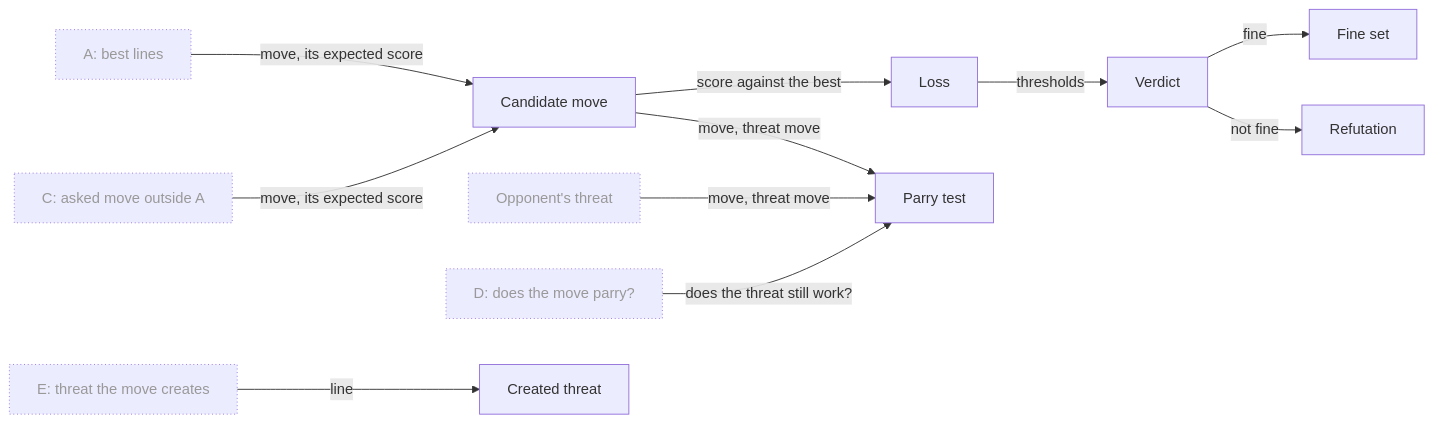
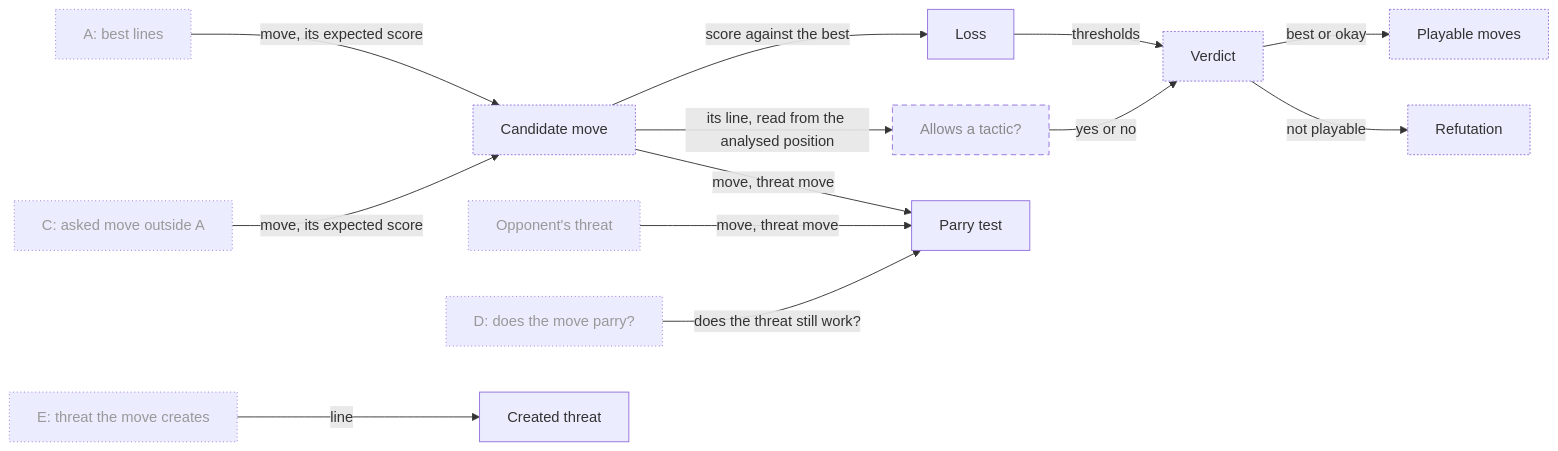
Before and after one commit to aurja/ChessWhy: the fifth of 22 diagrams in Planning/DBC/CONCEPTS.md, drawn with Mermaid. The commit also changed other lines of this file and 8 other files, not shown here.

First line of the commit message:
M4 contract draft: playable moves and move reports; renumber M4-M7

````diff
--- a/Planning/DBC/CONCEPTS.md
+++ b/Planning/DBC/CONCEPTS.md
@@ -206,27 +211,32 @@
 ```mermaid
 flowchart LR
     SearchA["A: best lines"]
     SearchC["C: asked move outside A"]
     SearchD["D: does the move parry?"]
     SearchE["E: threat the move creates"]
     OpponentThreat["Opponent's threat"]
     CandidateMove["Candidate move"]
     Loss["Loss"]
+    AllowsTactic["Allows a tactic?"]
     Verdict["Verdict"]
-    FineSet["Fine set"]
+    PlayableSet["Playable moves"]
     ParryTest["Parry test"]
     CreatedThreat["Created threat"]
     Refutation["Refutation"]
     SearchA & SearchC -->|move, its expected score| CandidateMove
     CandidateMove -->|score against the best| Loss
+    CandidateMove -->|its line, read from the analysed position| AllowsTactic
     Loss -->|thresholds| Verdict
-    Verdict -->|fine| FineSet
-    Verdict -->|not fine| Refutation
+    AllowsTactic -->|yes or no| Verdict
+    Verdict -->|best or okay| PlayableSet
+    Verdict -->|not playable| Refutation
     CandidateMove & OpponentThreat -->|move, threat move| ParryTest
     SearchD -->|does the threat still work?| ParryTest
     SearchE -->|line| CreatedThreat
     classDef planned stroke-dasharray:6 4,color:#888
     classDef partial stroke-dasharray:2 2
     classDef external stroke-dasharray:1 3,color:#999
     class SearchA,SearchC,SearchD,SearchE,OpponentThreat external
+    class CandidateMove,Verdict,PlayableSet,Refutation partial
+    class AllowsTactic planned
 ```
````
